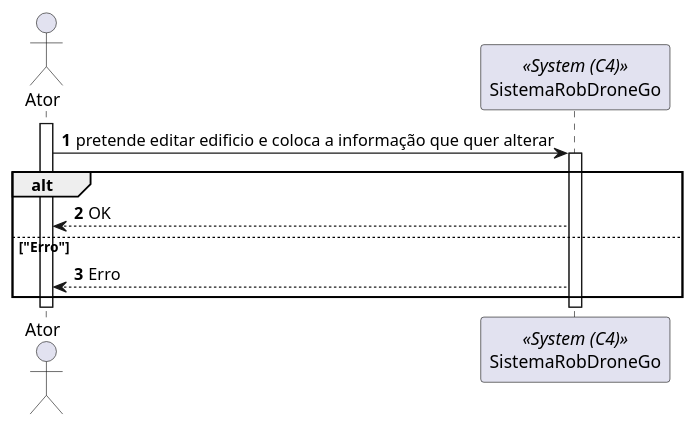
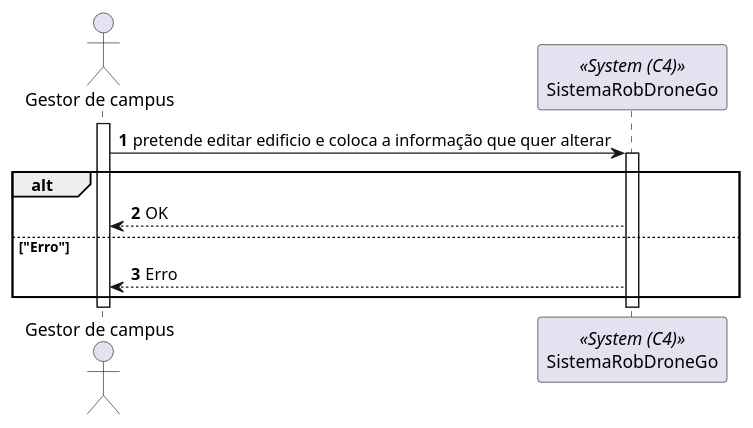
One commit to SEM5PI2324G58/sem5pi_g58_23_24 changed the diagram in docs/Sprint_B/US_1070/N1/VP.plantuml. Above: the diagram before and after it, drawn with PlantUML. The commit also changed 5 other files, not shown here.

```diff
--- a/docs/Sprint_B/US_1070/N1/VP.plantuml
+++ b/docs/Sprint_B/US_1070/N1/VP.plantuml
@@ -1,12 +1,12 @@
 autonumber
-actor "Ator" as actor
+actor "Gestor de campus" as actor
 participant SistemaRobDroneGo as sistema <<System (C4)>>
 
 activate actor
 actor -> sistema: pretende editar edificio e coloca a informação que quer alterar
 activate sistema
 alt
 actor <-- sistema: OK
 else "Erro"
 actor <-- sistema: Erro
 end alt
```
